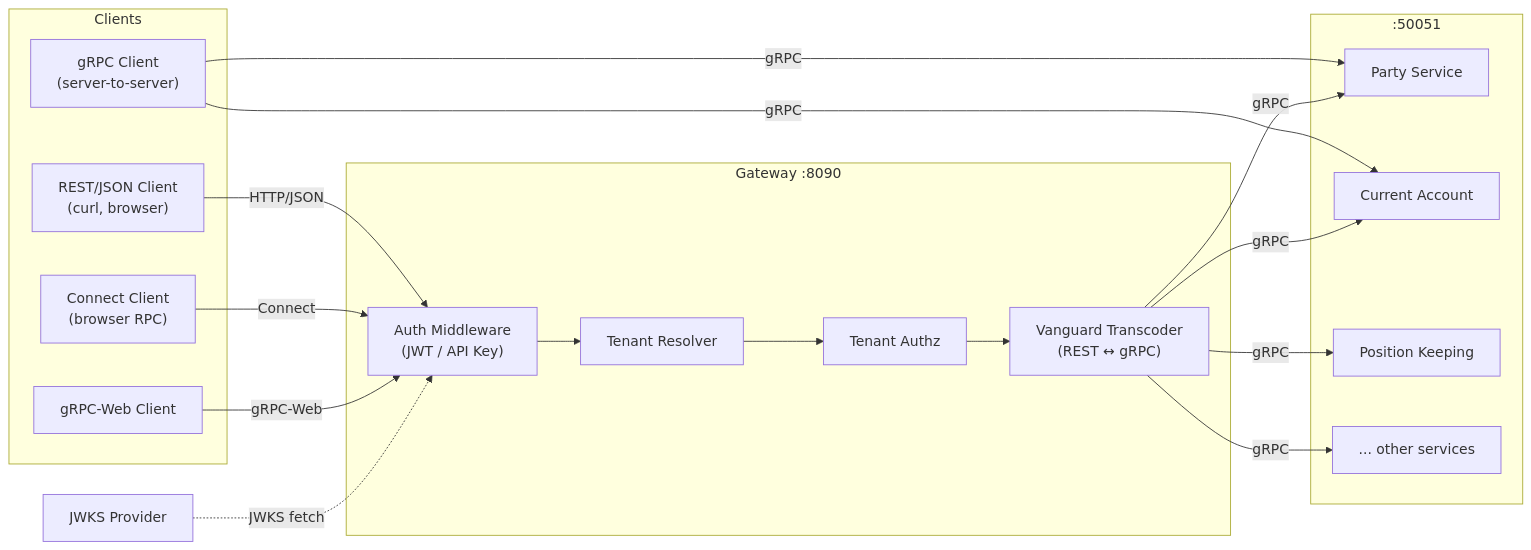
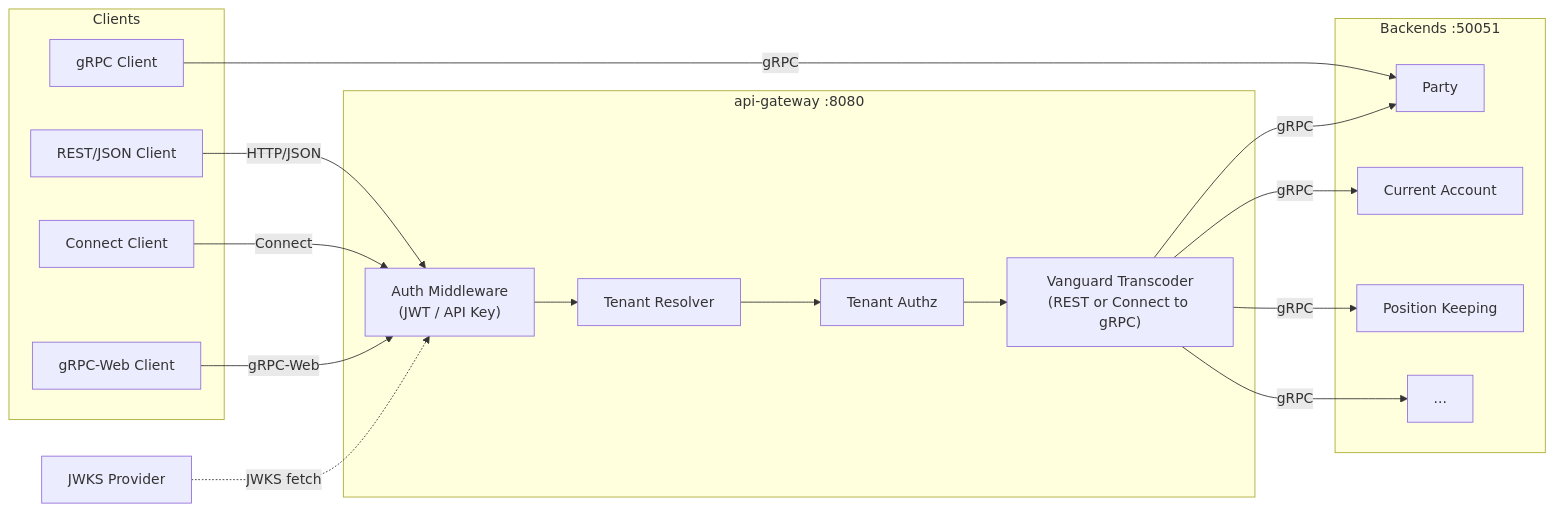
Before and after one commit to meridianhub/meridian: the diagram in services/api-gateway/README.md, drawn with Mermaid. The commit also changed other lines of this file and 4 other files, not shown here.

First line of the commit message:
docs: Add service README template and backfill Edge/Gateway services (#2193)

````diff
--- a/services/api-gateway/README.md
+++ b/services/api-gateway/README.md
@@ -43,40 +192,39 @@
 ```mermaid
 flowchart LR
     subgraph Clients
-        REST["REST/JSON Client<br/>(curl, browser)"]
-        ConnectClient["Connect Client<br/>(browser RPC)"]
+        REST["REST/JSON Client"]
+        ConnectClient["Connect Client"]
         GRPCWeb["gRPC-Web Client"]
-        GRPC["gRPC Client<br/>(server-to-server)"]
+        GRPC["gRPC Client"]
     end
 
-    subgraph Gateway["Gateway :8090"]
+    subgraph Gateway["api-gateway :8080"]
         Auth["Auth Middleware<br/>(JWT / API Key)"]
         TenantRes["Tenant Resolver"]
         TenantAuthz["Tenant Authz"]
-        Vanguard["Vanguard Transcoder<br/>(REST ↔ gRPC)"]
+        Vanguard["Vanguard Transcoder<br/>(REST or Connect to gRPC)"]
     end
 
-    subgraph Backends[":50051"]
-        Party["Party Service"]
+    subgraph Backends["Backends :50051"]
+        Party["Party"]
         Account["Current Account"]
         PK["Position Keeping"]
-        Other["... other services"]
+        Other["..."]
     end
 
     JWKS["JWKS Provider"]
 
     REST -->|HTTP/JSON| Auth
     ConnectClient -->|Connect| Auth
     GRPCWeb -->|gRPC-Web| Auth
     GRPC -->|gRPC| Party
-    GRPC -->|gRPC| Account
 
     Auth --> TenantRes
     JWKS -.->|JWKS fetch| Auth
     TenantRes --> TenantAuthz
     TenantAuthz --> Vanguard
     Vanguard -->|gRPC| Party
     Vanguard -->|gRPC| Account
     Vanguard -->|gRPC| PK
     Vanguard -->|gRPC| Other
 ```
````
